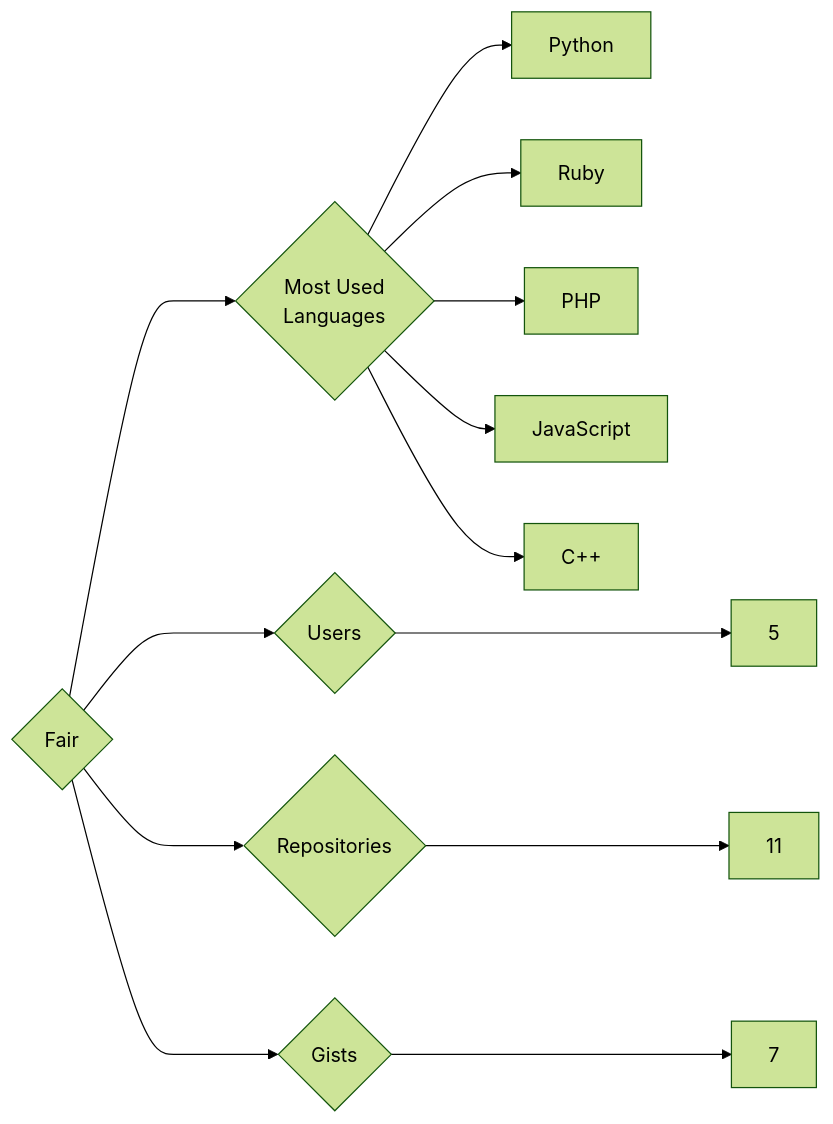
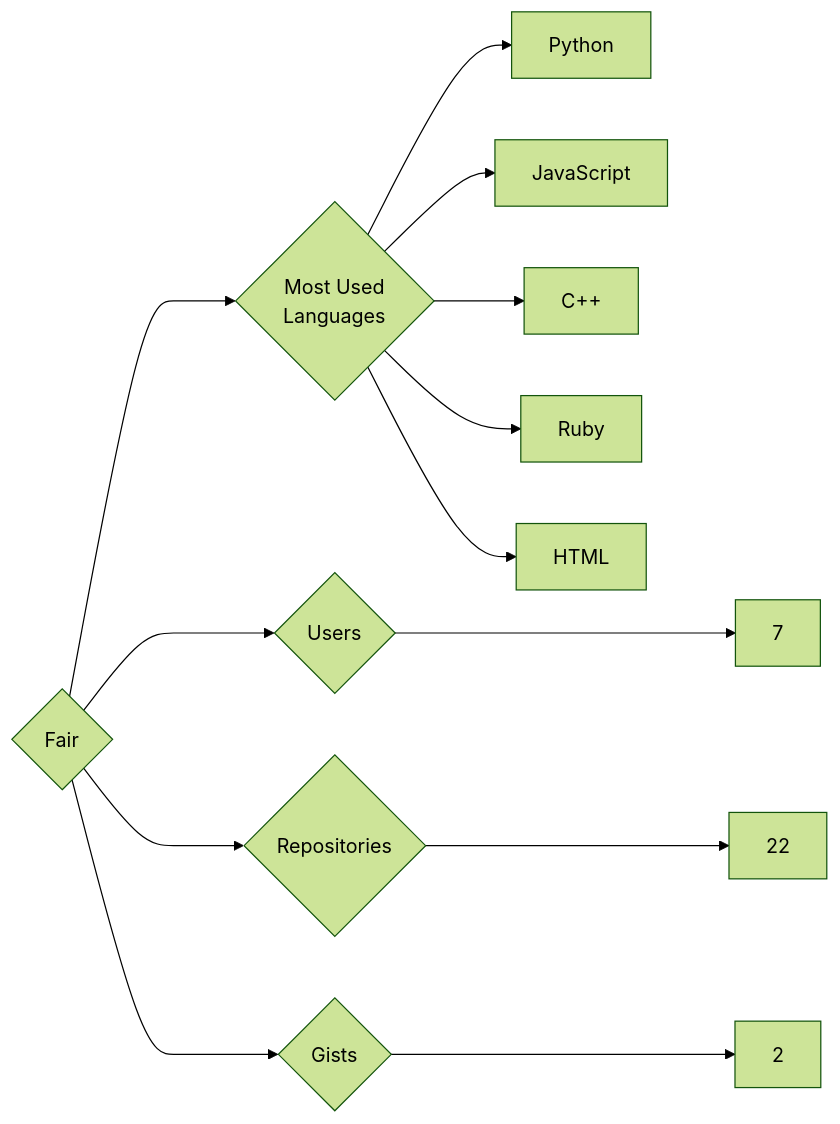
The diagram in targets/Fair/README.md (trickest/insiders), drawn with Mermaid (forest theme) before and after one commit. The commit also changed 757 other files, not shown here.

````diff
--- a/targets/Fair/README.md
+++ b/targets/Fair/README.md
@@ -3,13 +3,13 @@
 ```mermaid
 graph LR
 COMPANY_NAME{Fair}
-COMPANY_NAME ---> U{Users} ---> UN[5]
-COMPANY_NAME ---> R{Repositories} ---> RN[11]
-COMPANY_NAME ---> G{Gists} ---> GN[7]
+COMPANY_NAME ---> U{Users} ---> UN[7]
+COMPANY_NAME ---> R{Repositories} ---> RN[22]
+COMPANY_NAME ---> G{Gists} ---> GN[2]
 COMPANY_NAME ---> ML{Most Used<br>Languages}
 ML --> Python[Python]
-ML --> Ruby[Ruby]
-ML --> PHP[PHP]
 ML --> JavaScript[JavaScript]
 ML --> C++[C++]
+ML --> Ruby[Ruby]
+ML --> HTML[HTML]
 ```
````
